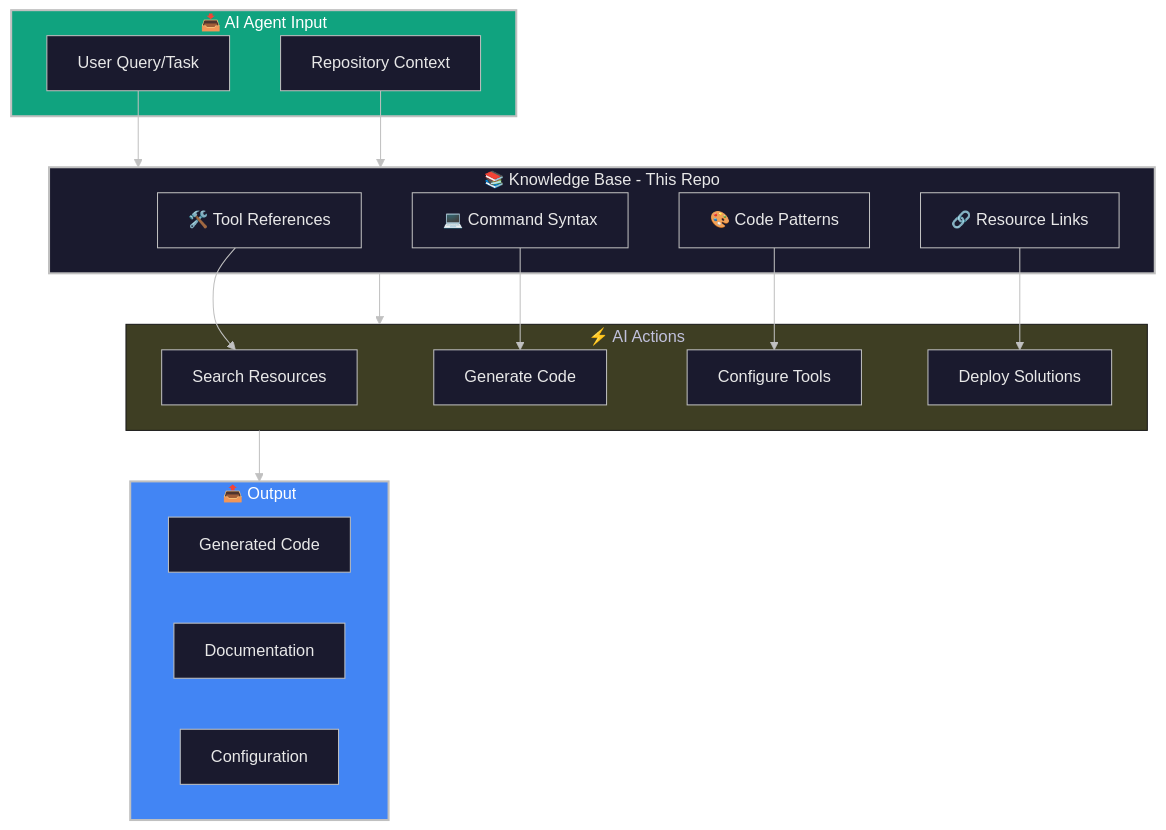
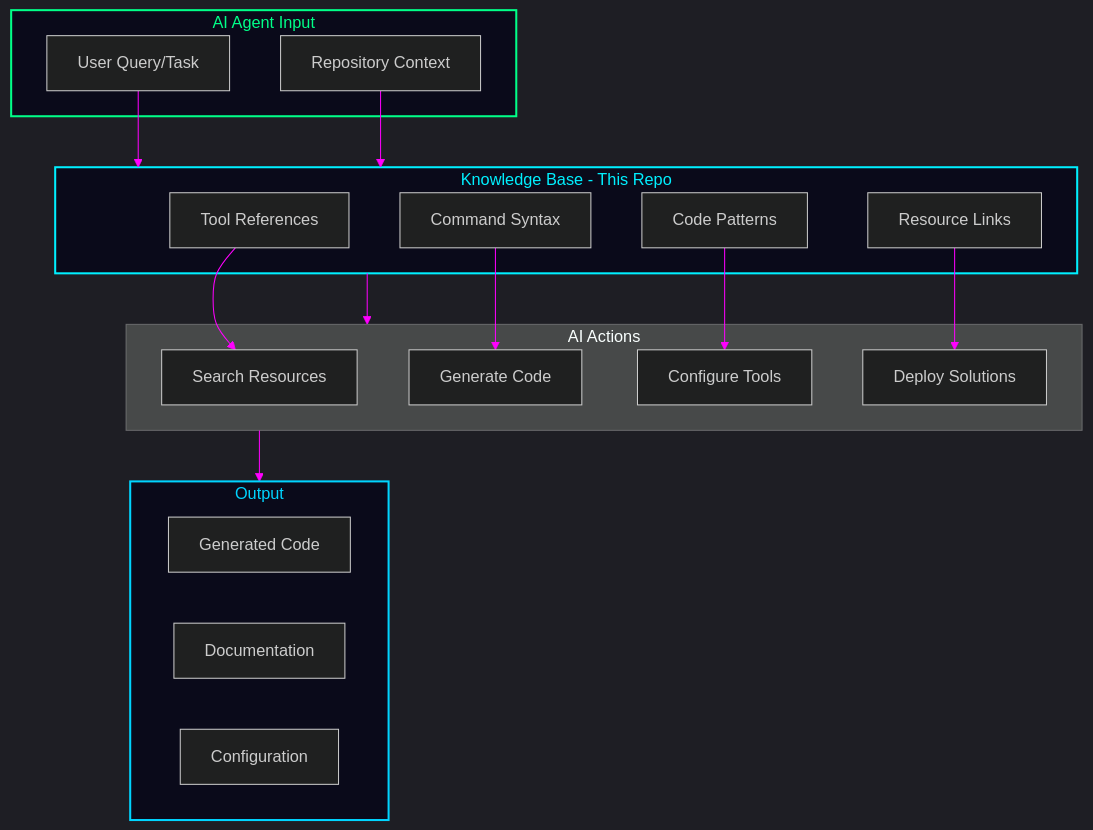
One commit to SpiralCloudOmega/DevTeam6 changed the fifth of 9 diagrams in README.md. Above: the diagram before and after it, drawn with Mermaid. The commit also changed other lines of this file, not shown here.

Commit message:
Add dark cyberpunk theme colors and improve text readability in mermaid diagrams

````diff
--- a/README.md
+++ b/README.md
@@ -1858,41 +1858,41 @@
 ```mermaid
-%%{init: {'theme': 'base', 'themeVariables': { 'primaryColor': '#1a1a2e', 'primaryTextColor': '#e8e8e8', 'primaryBorderColor': '#c0c0c0', 'lineColor': '#c0c0c0'}}}%%
+%%{init: {'theme': 'dark', 'themeVariables': { 'primaryColor': '#0a0a1a', 'primaryTextColor': '#ffffff', 'primaryBorderColor': '#00f0ff', 'lineColor': '#ff00ff', 'fontFamily': 'JetBrains Mono, monospace'}}}%%
 graph TB
-    subgraph INPUT["📥 AI Agent Input"]
+    subgraph INPUT["AI Agent Input"]
         QUERY[User Query/Task]
         CONTEXT[Repository Context]
     end
     
-    subgraph KNOWLEDGE["📚 Knowledge Base - This Repo"]
-        TOOLS[🛠️ Tool References]
-        COMMANDS[💻 Command Syntax]
-        PATTERNS[🎨 Code Patterns]
-        LINKS[🔗 Resource Links]
+    subgraph KNOWLEDGE["Knowledge Base - This Repo"]
+        TOOLS[Tool References]
+        COMMANDS[Command Syntax]
+        PATTERNS[Code Patterns]
+        LINKS[Resource Links]
     end
     
-    subgraph ACTIONS["⚡ AI Actions"]
+    subgraph ACTIONS["AI Actions"]
         SEARCH[Search Resources]
         GENERATE[Generate Code]
         CONFIGURE[Configure Tools]
         DEPLOY[Deploy Solutions]
     end
     
-    subgraph OUTPUT["📤 Output"]
+    subgraph OUTPUT["Output"]
         CODE[Generated Code]
         DOCS[Documentation]
         CONFIG[Configuration]
     end
     
     QUERY --> KNOWLEDGE
     CONTEXT --> KNOWLEDGE
     KNOWLEDGE --> ACTIONS
     TOOLS --> SEARCH
     COMMANDS --> GENERATE
     PATTERNS --> CONFIGURE
     LINKS --> DEPLOY
     ACTIONS --> OUTPUT
     
-    style KNOWLEDGE fill:#1a1a2e,stroke:#c0c0c0,stroke-width:2px,color:#e8e8e8
-    style INPUT fill:#10a37f,stroke:#c0c0c0,stroke-width:2px,color:#fff
-    style OUTPUT fill:#4285f4,stroke:#c0c0c0,stroke-width:2px,color:#fff
+    style KNOWLEDGE fill:#0a0a1a,stroke:#00f0ff,stroke-width:2px,color:#00f0ff
+    style INPUT fill:#0a0a1a,stroke:#00ff88,stroke-width:2px,color:#00ff88
+    style OUTPUT fill:#0a0a1a,stroke:#00d4ff,stroke-width:2px,color:#00d4ff
 ```
````
